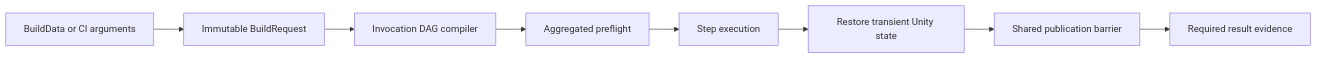
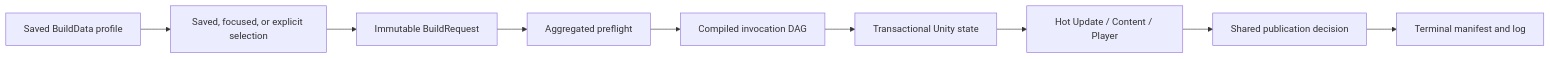
Before and after one commit to MaiKuraki/UnityStarter: the first of 3 diagrams in UnityStarter/Assets/Build/README.md, drawn with Mermaid. The commit also changed other lines of this file and 19 other files, not shown here.

````diff
--- a/UnityStarter/Assets/Build/README.md
+++ b/UnityStarter/Assets/Build/README.md
@@ -51,10 +212,14 @@
 ```mermaid
 flowchart LR
-    A["BuildData or CI arguments"] --> R["Immutable BuildRequest"]
-    R --> C["Invocation DAG compiler"]
-    C --> P["Aggregated preflight"]
-    P --> E["Step execution"]
-    E --> S["Restore transient Unity state"]
-    S --> B["Shared publication barrier"]
-    B --> M["Required result evidence"]
+    profile["Saved BuildData profile"]
+    selection["Saved, focused, or explicit selection"]
+    request["Immutable BuildRequest"]
+    preflight["Aggregated preflight"]
+    plan["Compiled invocation DAG"]
+    scopes["Transactional Unity state"]
+    steps["Hot Update / Content / Player"]
+    publish["Shared publication decision"]
+    evidence["Terminal manifest and log"]
+
+    profile --> selection --> request --> preflight --> plan --> scopes --> steps --> publish --> evidence
 ```
````
